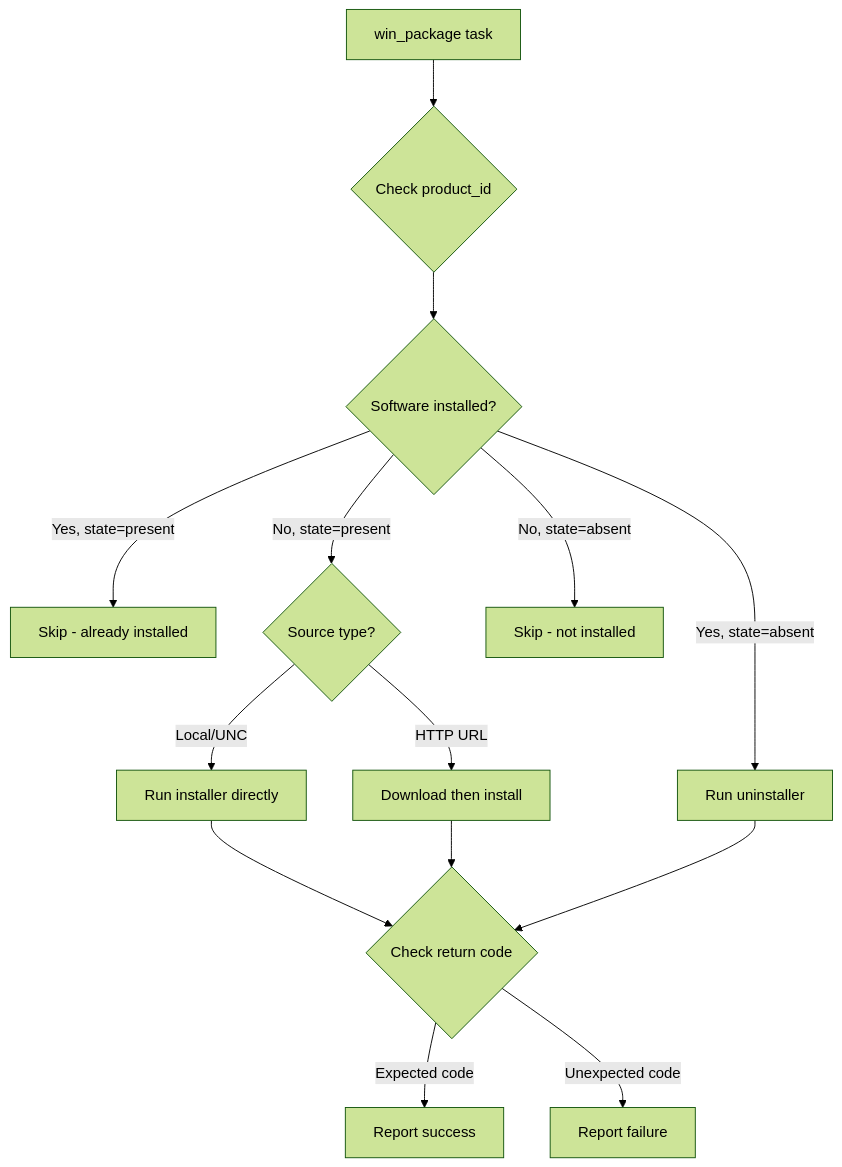
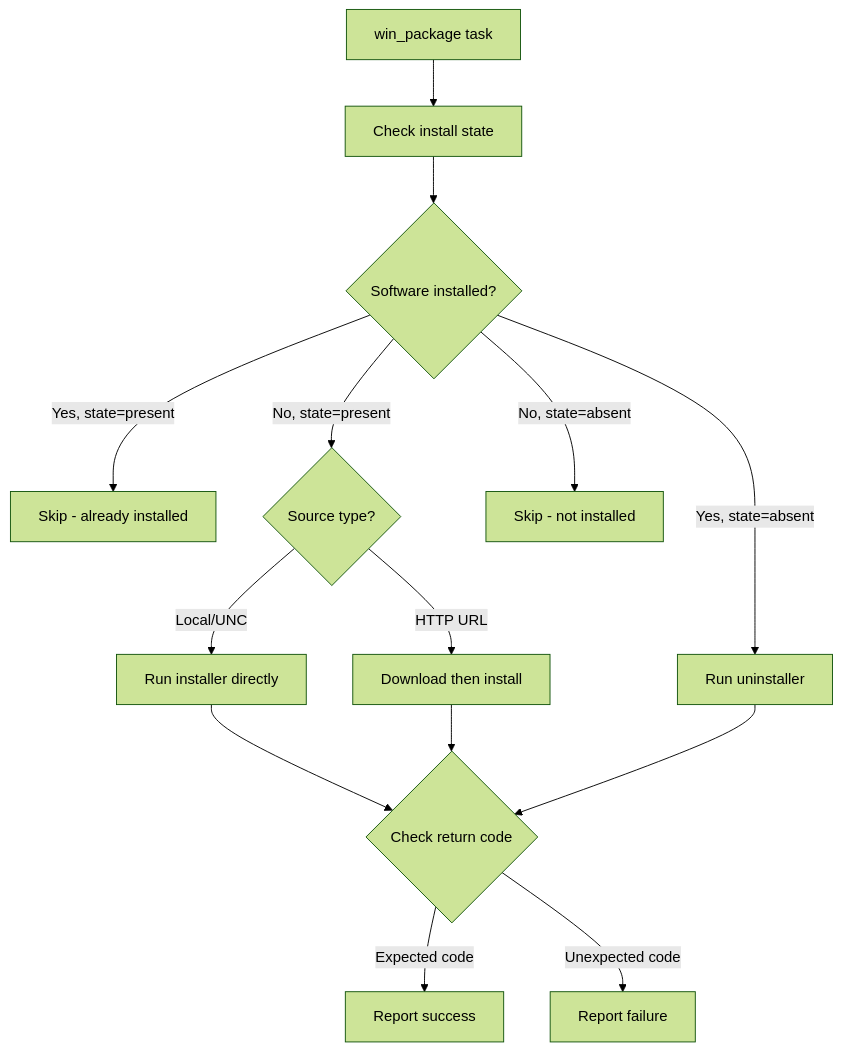
One commit to OneUptime/blog changed the diagram in posts/2026-02-21-how-to-use-ansible-win-package-module/README.md. Above: the diagram before and after it, drawn with Mermaid (forest theme). The commit also changed other lines of this file and 2 other files, not shown here.

Commit message:
validate: 2026-02-21-how-to-use-ansible-win-package-module

````diff
--- a/posts/2026-02-21-how-to-use-ansible-win-package-module/README.md
+++ b/posts/2026-02-21-how-to-use-ansible-win-package-module/README.md
@@ -245,16 +236,16 @@
 ```mermaid
 flowchart TD
-    A[win_package task] --> B{Check product_id}
+    A[win_package task] --> B[Check install state]
     B --> C{Software installed?}
     C -->|Yes, state=present| D[Skip - already installed]
     C -->|No, state=present| E{Source type?}
     C -->|Yes, state=absent| F[Run uninstaller]
     C -->|No, state=absent| G[Skip - not installed]
     E -->|Local/UNC| H[Run installer directly]
     E -->|HTTP URL| I[Download then install]
     H --> J{Check return code}
     I --> J
     J -->|Expected code| K[Report success]
     J -->|Unexpected code| L[Report failure]
     F --> J
 ```
````
